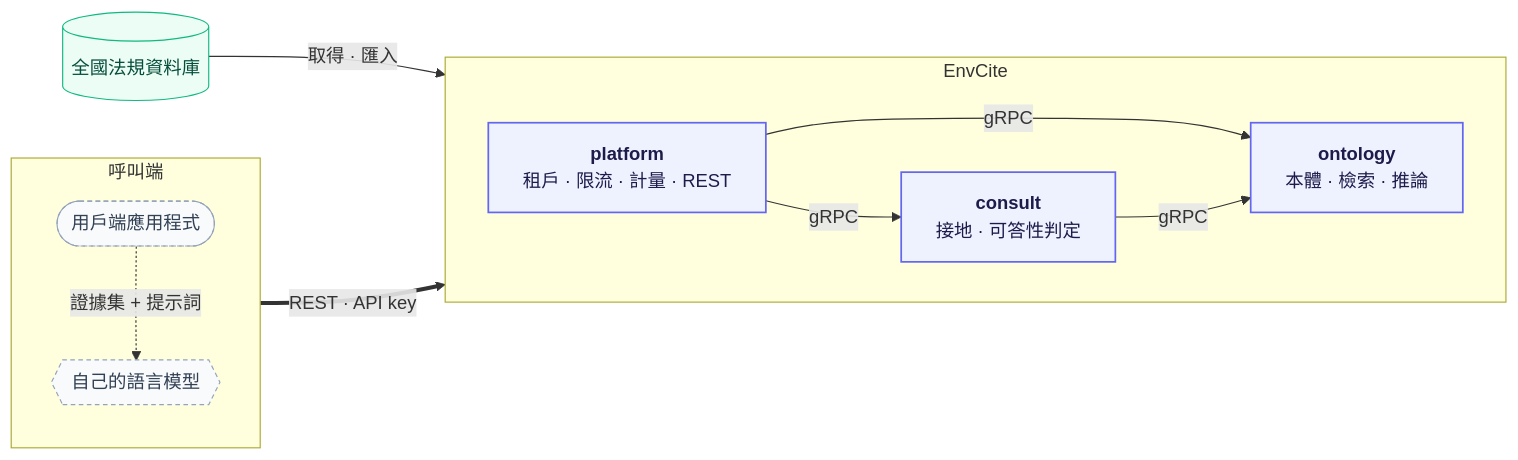
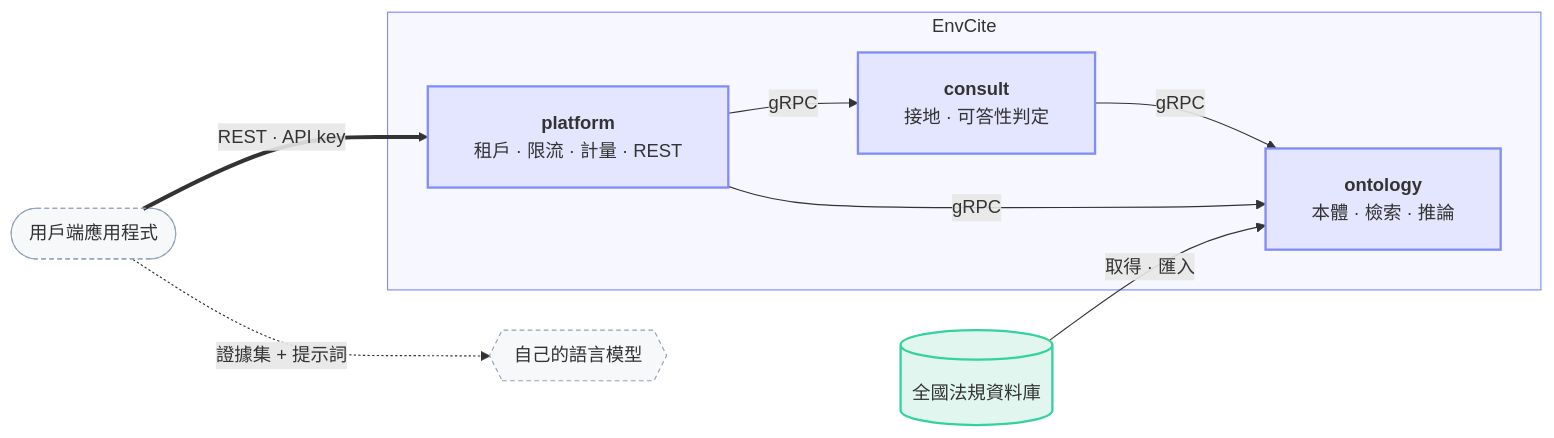
Before and after one commit to elihu0211/envcite: the diagram in README.md, drawn with Mermaid. The commit also changed other lines of this file, not shown here.

Commit message:
docs: 架構圖改為淺深色主題都清晰的畫法，目錄改為表格

````diff
--- a/README.md
+++ b/README.md
@@ -9,32 +9,28 @@
 ```mermaid
-%%{init: {"flowchart": {"curve": "basis"}}}%%
+%%{init: {"flowchart": {"curve": "basis", "nodeSpacing": 50, "rankSpacing": 70, "padding": 20}}}%%
 flowchart LR
+    client(["用戶端應用程式"])
+    llm{{"自己的語言模型"}}
     src[("全國法規資料庫")]
 
-    subgraph caller["呼叫端"]
-        direction TB
-        client(["用戶端應用程式"])
-        llm{{"自己的語言模型"}}
-    end
-
     subgraph envcite["EnvCite"]
-        direction LR
         platform["<b>platform</b><br/>租戶 · 限流 · 計量 · REST"]
         consult["<b>consult</b><br/>接地 · 可答性判定"]
         ontology["<b>ontology</b><br/>本體 · 檢索 · 推論"]
     end
 
     client ==>|"REST · API key"| platform
     platform -->|gRPC| consult
+    consult -->|gRPC| ontology
     platform -->|gRPC| ontology
-    consult -->|gRPC| ontology
     src -->|"取得 · 匯入"| ontology
     client -.->|"證據集 + 提示詞"| llm
 
-    classDef svc fill:#eef2ff,stroke:#6366f1,stroke-width:1.5px,color:#1e1b4b
-    classDef store fill:#ecfdf5,stroke:#10b981,color:#064e3b
-    classDef ext fill:#f8fafc,stroke:#94a3b8,stroke-dasharray:4 3,color:#334155
+    classDef svc fill:#6366f120,stroke:#818cf8,stroke-width:2px
+    classDef ext fill:#94a3b814,stroke:#94a3b8,stroke-dasharray:4 3
+    classDef store fill:#10b98120,stroke:#34d399,stroke-width:2px
     class platform,consult,ontology svc
+    class client,llm ext
     class src store
-    class client,llm ext
+    style envcite fill:#6366f10d,stroke:#818cf8
 ```
````
